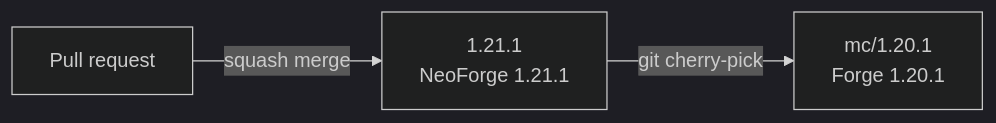
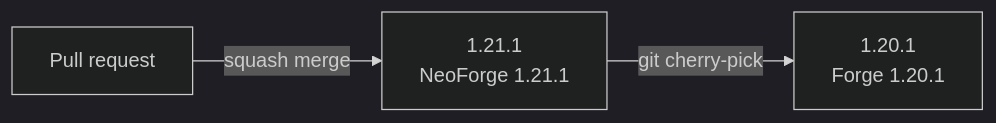
The diagram in CONTRIBUTING.md (SenDeliver/create-octo-arms), drawn with Mermaid (dark theme) before and after one commit. The commit also changed other lines of this file and 4 other files, not shown here.

````diff
--- a/CONTRIBUTING.md
+++ b/CONTRIBUTING.md
@@ -30,5 +30,5 @@
 ```mermaid
 flowchart LR
   pr["Pull request"] -->|squash merge| b121["1.21.1<br/>NeoForge 1.21.1"]
-  b121 -->|git cherry-pick| b120["mc/1.20.1<br/>Forge 1.20.1"]
+  b121 -->|git cherry-pick| b120["1.20.1<br/>Forge 1.20.1"]
 ```
````
